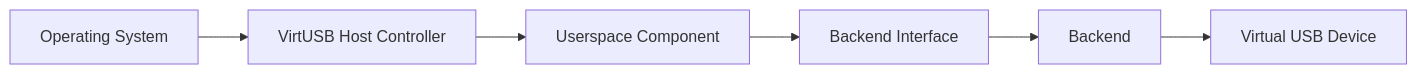
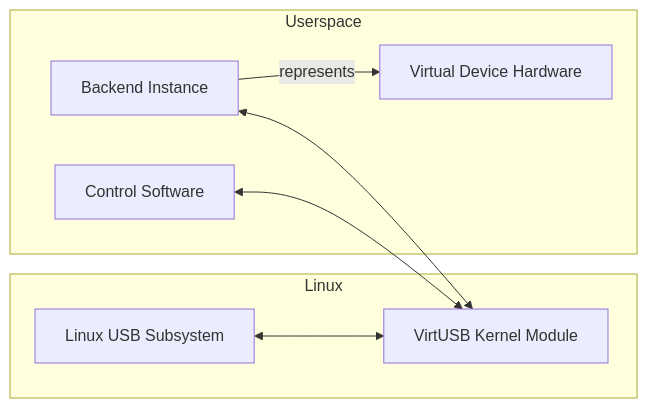
The first of 11 diagrams in doc/requirements/backend-requirements.md (RomanBuchert/VirtUSB), drawn with Mermaid before and after one commit. The commit also changed other lines of this file and 6 other files, not shown here.

First line of the commit message:
docs: refine architecture and requirements documentation (WIP)

````diff
--- a/doc/requirements/backend-requirements.md
+++ b/doc/requirements/backend-requirements.md
@@ -129,8 +154,19 @@
 ```mermaid
 flowchart LR
-    OS["Operating System"] --> HC["VirtUSB Host Controller"]
-    HC --> UC["Userspace Component"]
-    UC --> BI["Backend Interface"]
-    BI --> BE["Backend"]
-    BE --> DEV["Virtual USB Device"]
+
+   subgraph linux["Linux"]
+      usb["Linux USB Subsystem"]
+      virtusb["VirtUSB Kernel Module"]
+   end
+
+   subgraph userspace["Userspace"]
+      control["Control Software"]
+      backend["Backend Instance"]
+      hardware["Virtual Device Hardware"]
+   end
+
+   usb <--> virtusb
+   control <--> virtusb
+   backend <--> virtusb
+   backend -->|"represents"| hardware
 ```
````
